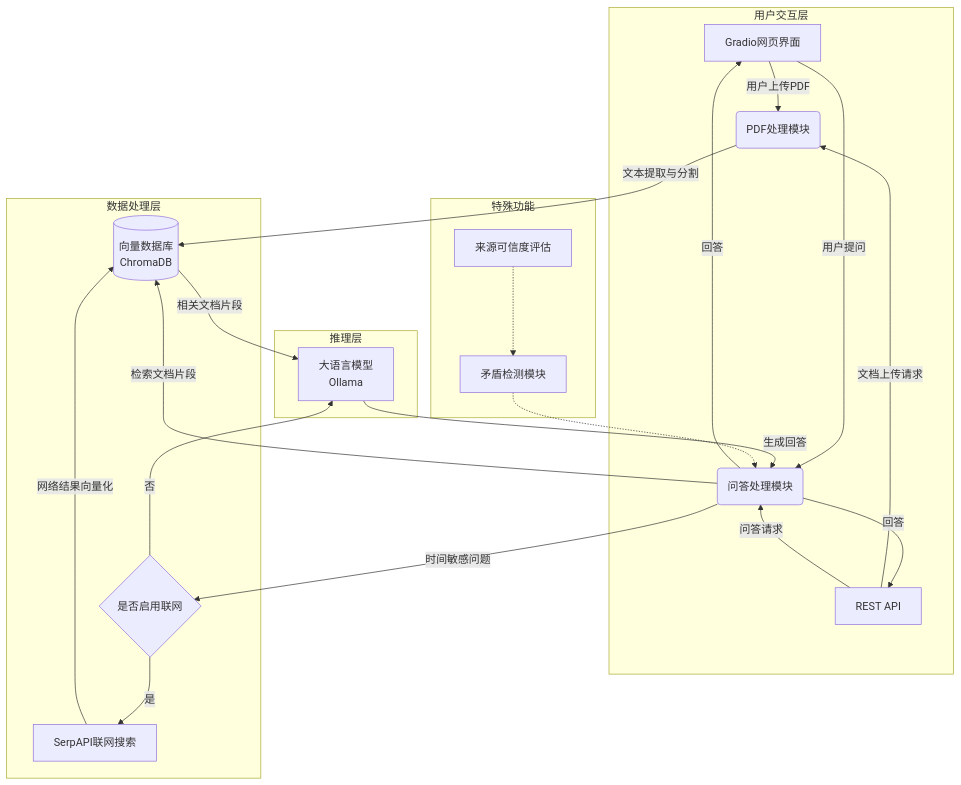
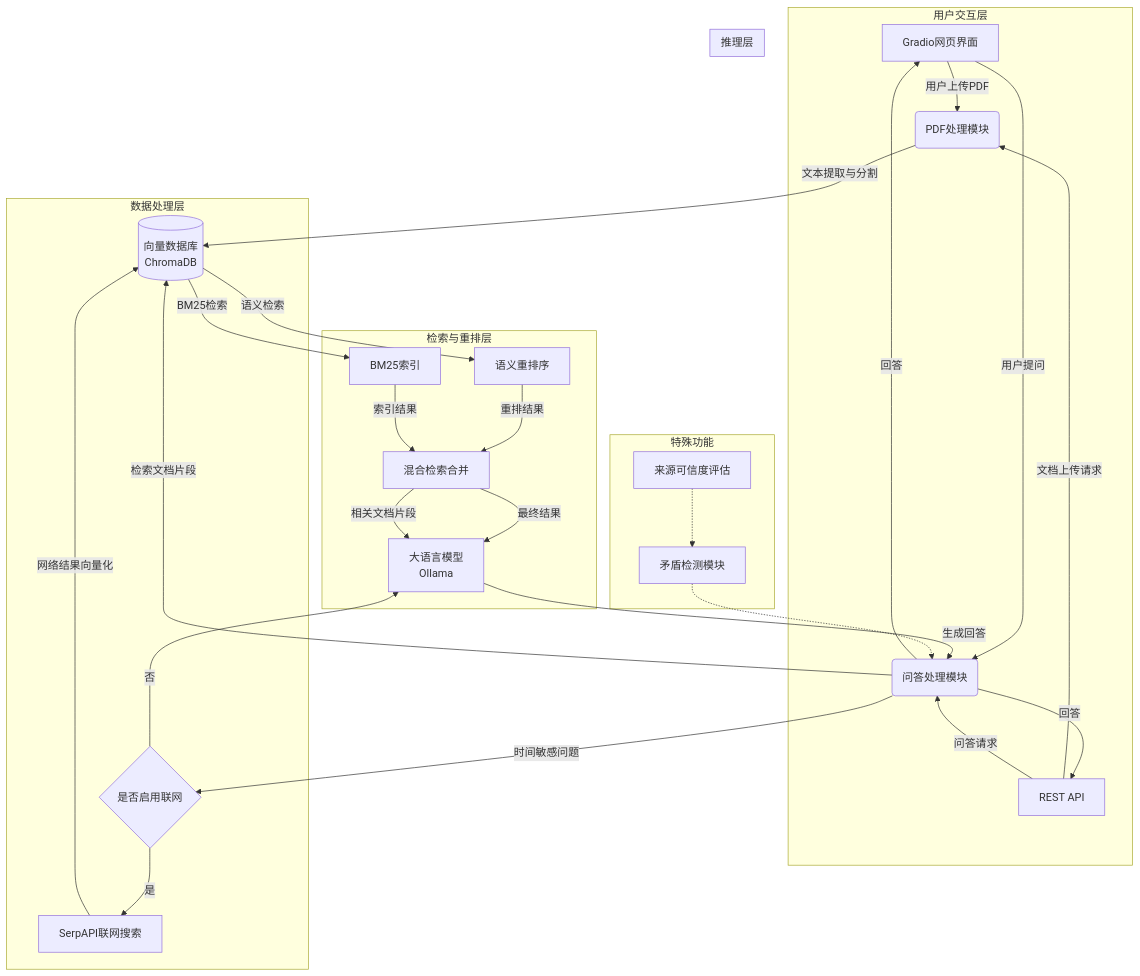
Before and after one commit to wzlstudy/Local_Pdf_Chat_RAG: the first of 3 diagrams in readme.md, drawn with Mermaid. The commit also changed other lines of this file and 12 other files, not shown here.

````diff
--- a/readme.md
+++ b/readme.md
@@ -39,31 +42,39 @@
 ```mermaid
 graph TD
     subgraph "用户交互层"
         A[Gradio网页界面] --> |用户上传PDF| B(PDF处理模块)
         A --> |用户提问| C(问答处理模块)
         H[REST API] --> |文档上传请求| B
         H --> |问答请求| C
     end
     
     subgraph "数据处理层"
         B --> |文本提取与分割| D[(向量数据库\nChromaDB)]
         C --> |检索文档片段| D
         C --> |时间敏感问题| E{是否启用联网}
         E -->|是| F[SerpAPI联网搜索]
         F --> |网络结果向量化| D
     end
     
+    subgraph "检索与重排层"
+        D --> |语义检索| S[语义重排序]
+        D --> |BM25检索| T[BM25索引]
+        S --> |重排结果| U[混合检索合并]
+        T --> |索引结果| U
+        U --> |最终结果| G
+    end
+    
     subgraph "推理层"
-        D --> |相关文档片段| G[大语言模型\nOllama]
+        U --> |相关文档片段| G[大语言模型\nOllama]
         E -->|否| G
         G --> |生成回答| C
     end
     
     C --> |回答| A
     C --> |回答| H
     
     subgraph "特殊功能"
         I[矛盾检测模块] -.-> C
         J[来源可信度评估] -.-> I
     end
 ```
````
